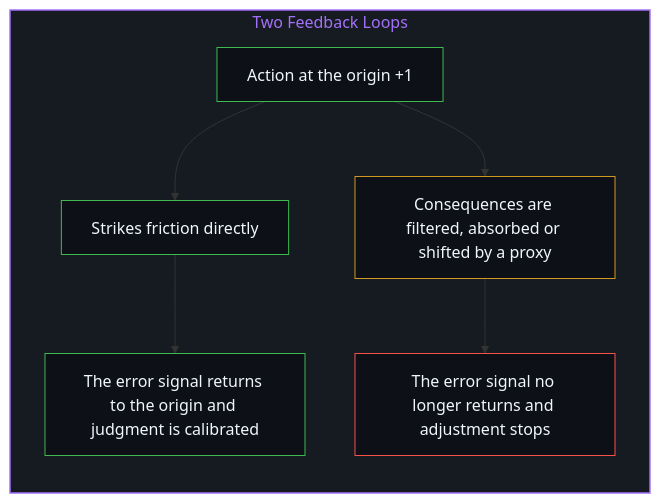
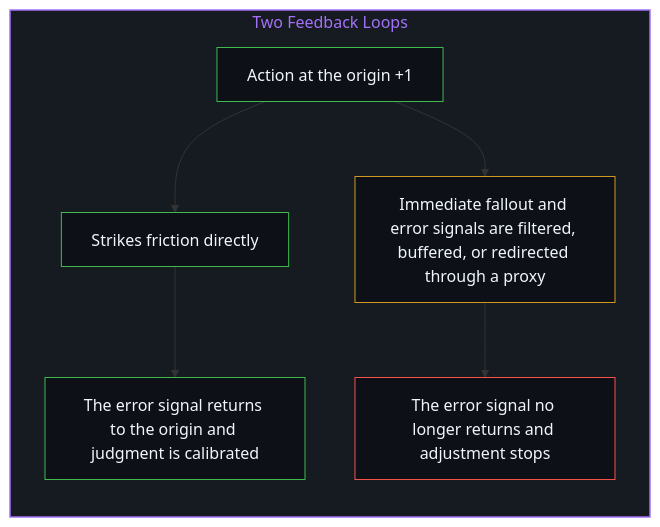
The tenth of 12 diagrams in content/posts/the-mirror-handshake-of-power.md (powerpig99/not-a-toe), drawn with Mermaid before and after one commit. The commit also changed other lines of this file and 6 other files, not shown here.

````diff
--- a/content/posts/the-mirror-handshake-of-power.md
+++ b/content/posts/the-mirror-handshake-of-power.md
@@ -271,21 +271,21 @@
 ```mermaid
 flowchart TD
     subgraph S_Loops["Two Feedback Loops"]
         direction TB
         Act["Action at the origin +1"]
         Friction["Strikes friction directly"]
         Return["The error signal returns to the origin and judgment is calibrated"]
-        Proxy["Consequences are filtered, absorbed or shifted by a proxy"]
+        Proxy["Immediate fallout and error signals are filtered, buffered, or redirected through a proxy"]
         Frozen["The error signal no longer returns and adjustment stops"]
         Act --> Friction
         Friction --> Return
         Act --> Proxy
         Proxy --> Frozen
     end
     style S_Loops fill:#161b22,stroke:#a371f7,stroke-width:1.5px,color:#a371f7
     style Act fill:#0d1117,stroke:#3fb950,stroke-width:1px,color:#f0f6fc
     style Friction fill:#0d1117,stroke:#3fb950,stroke-width:1px,color:#f0f6fc
     style Return fill:#0d1117,stroke:#3fb950,stroke-width:1px,color:#f0f6fc
     style Proxy fill:#0d1117,stroke:#d29922,stroke-width:1px,color:#f0f6fc
     style Frozen fill:#0d1117,stroke:#f85149,stroke-width:1px,color:#f0f6fc
 ```
````
